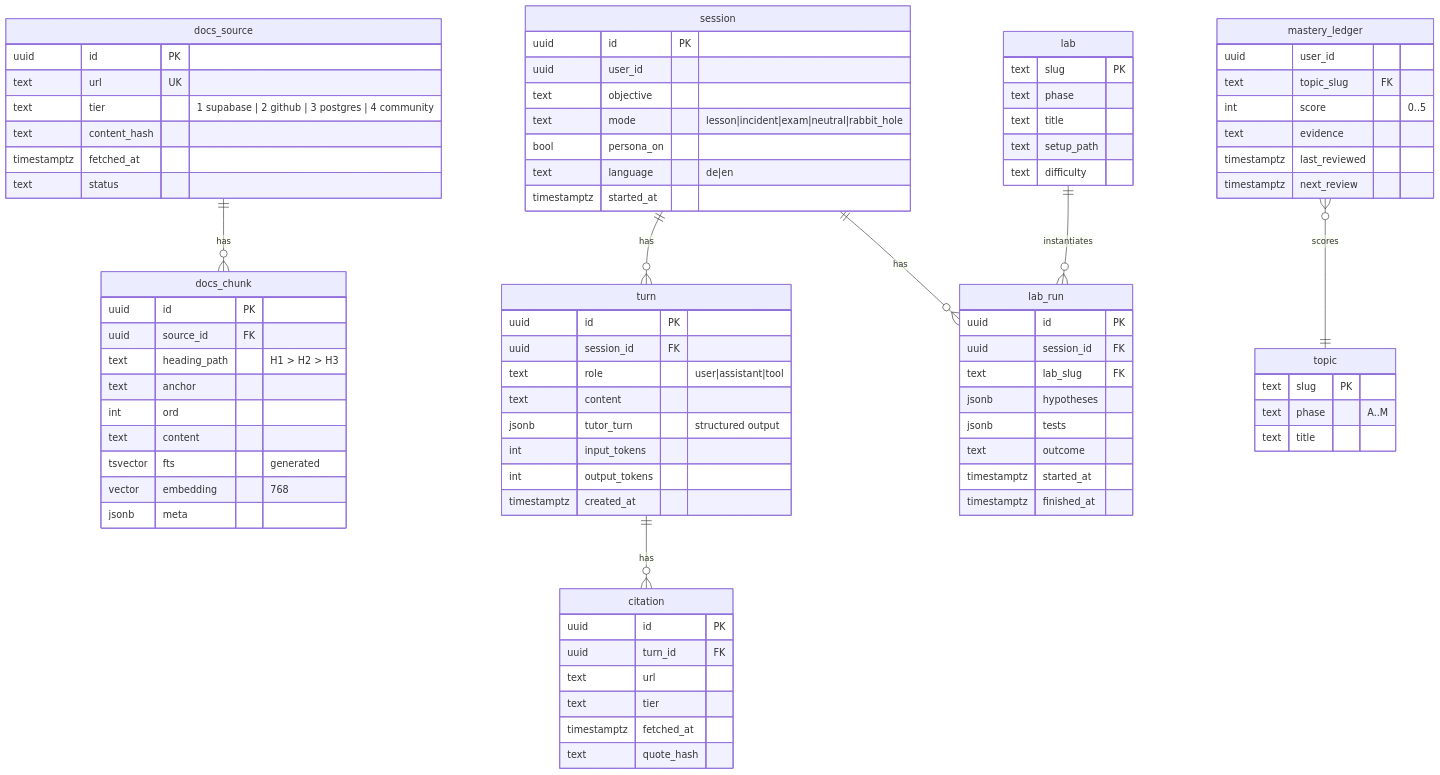
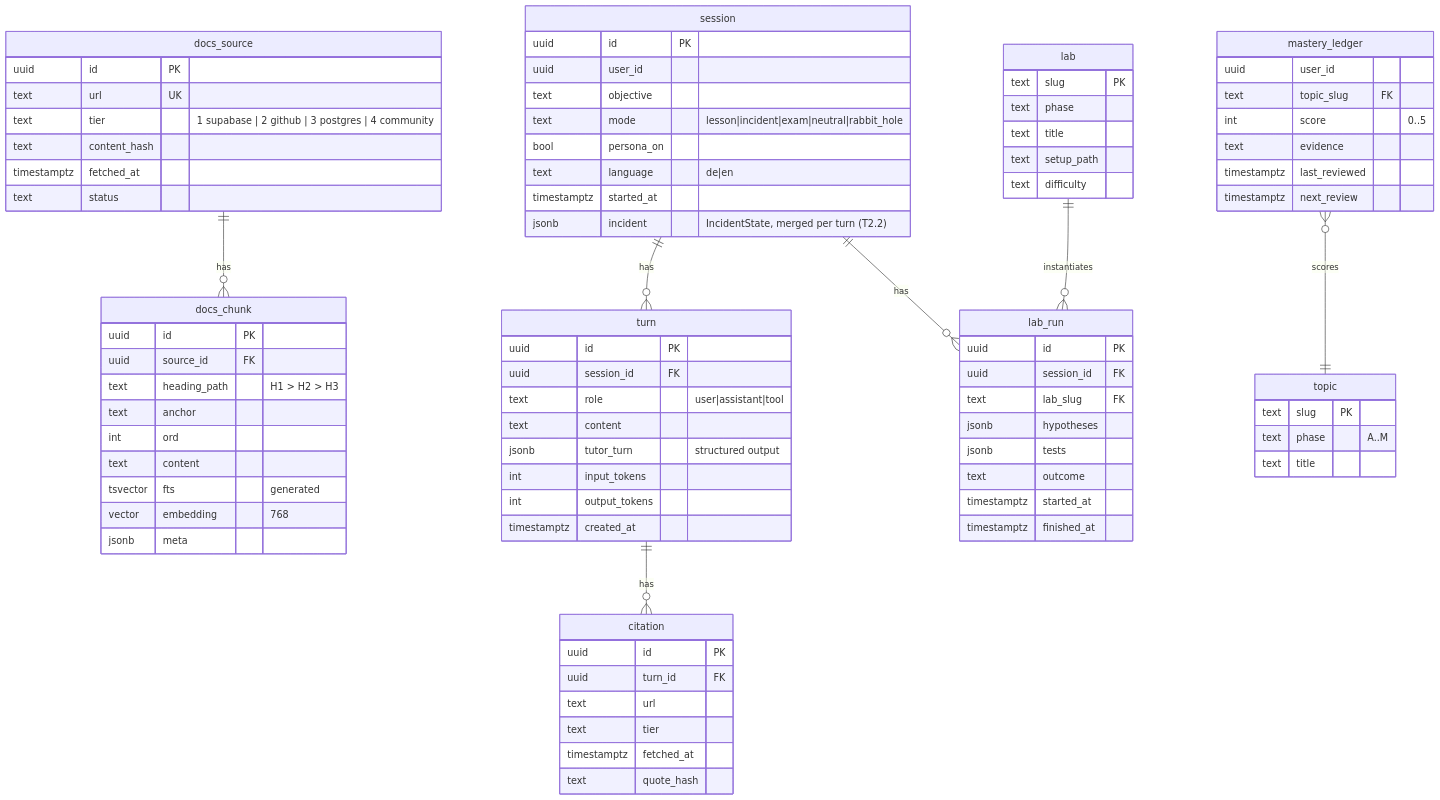
The diagram in docs/DATA_MODEL.md (esterkane/kanguroo-supabase-tutor), drawn with Mermaid before and after one commit. The commit also changed 30 other files, not shown here.

```diff
--- a/docs/DATA_MODEL.md
+++ b/docs/DATA_MODEL.md
@@ -52,6 +52,7 @@
     bool persona_on
     text language "de|en"
     timestamptz started_at
+    jsonb incident "IncidentState, merged per turn (T2.2)"
   }
   turn {
     uuid id PK
```
